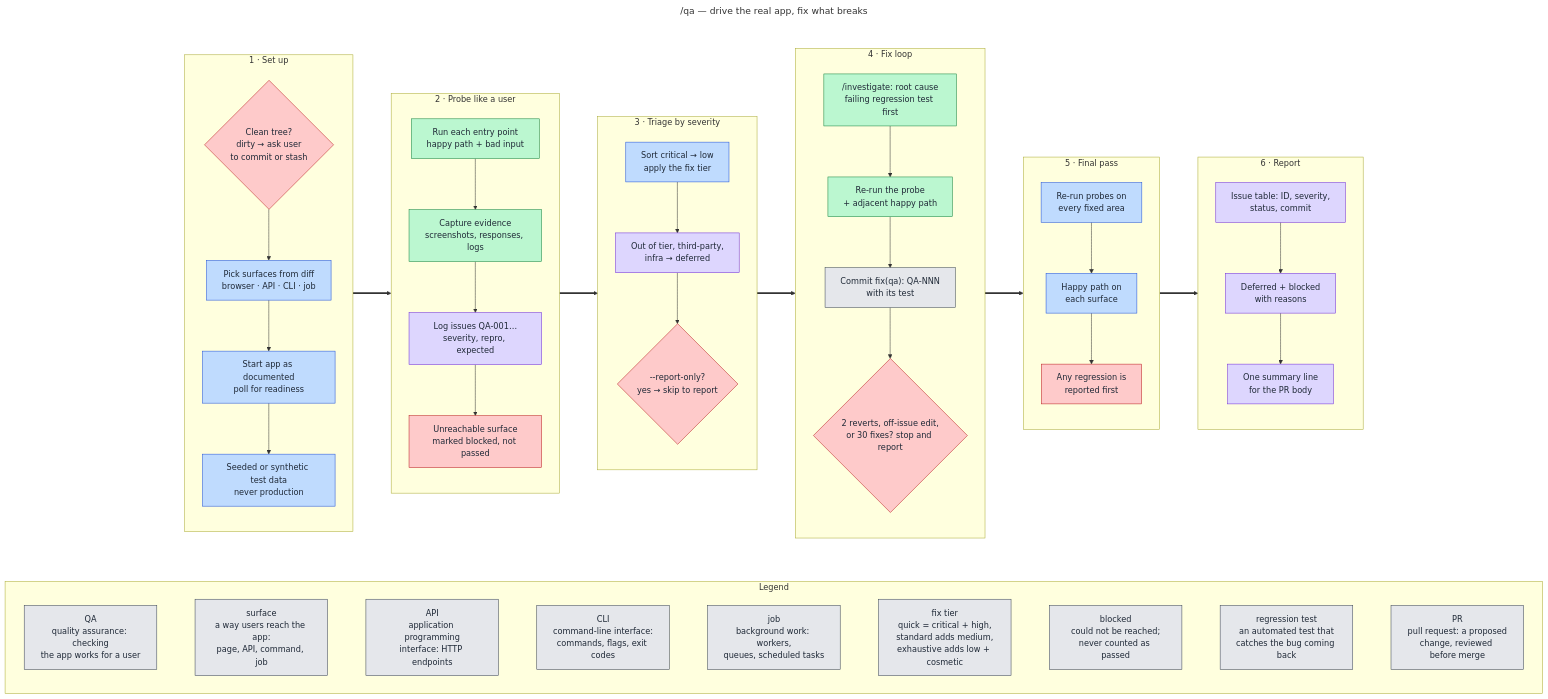
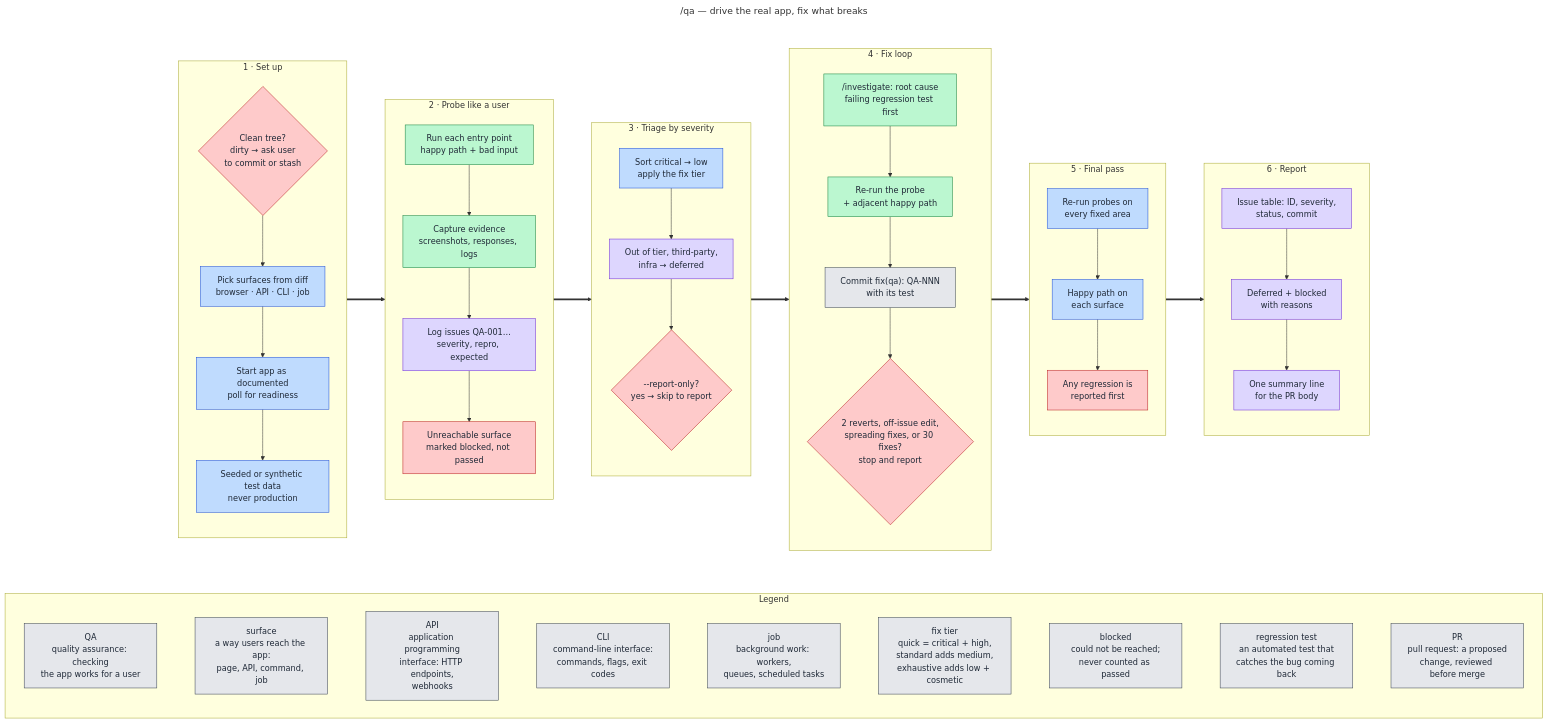
The diagram in docs/diagrams/src/qa.mmd (victusfate/scaffold), drawn with Mermaid before and after one commit. The commit also changed 3 other files, not shown here.

Commit message:
docs(diagrams): correct review-gates, qa, investigate against their sources

```diff
--- a/docs/diagrams/src/qa.mmd
+++ b/docs/diagrams/src/qa.mmd
@@ -1,87 +1,87 @@
 ---
 title: /qa — drive the real app, fix what breaks
 ---
 flowchart TB
   classDef owner fill:#fde68a,stroke:#b45309,color:#1f2937
   classDef orch fill:#bfdbfe,stroke:#1d4ed8,color:#1f2937
   classDef state fill:#ddd6fe,stroke:#6d28d9,color:#1f2937
   classDef lane fill:#bbf7d0,stroke:#15803d,color:#1f2937
   classDef git fill:#e5e7eb,stroke:#374151,color:#1f2937
   classDef gate fill:#fecaca,stroke:#b91c1c,color:#1f2937
 
   %% Edges run between stage subgraphs (not inner nodes) so each stage keeps
   %% its own top-to-bottom direction and the whole image stays landscape.
 
   subgraph FLOW[" "]
   direction LR
 
   subgraph SETUP["1 · Set up"]
     direction TB
     S1{"Clean tree?<br/>dirty → ask user<br/>to commit or stash"}:::gate
     S2["Pick surfaces from diff<br/>browser · API · CLI · job"]:::orch
     S3["Start app as documented<br/>poll for readiness"]:::orch
     S4["Seeded or synthetic test data<br/>never production"]:::orch
     S1 --> S2 --> S3 --> S4
   end
 
   subgraph PROBE["2 · Probe like a user"]
     direction TB
     P1["Run each entry point<br/>happy path + bad input"]:::lane
     P2["Capture evidence<br/>screenshots, responses, logs"]:::lane
     P3["Log issues QA-001…<br/>severity, repro, expected"]:::state
     P4["Unreachable surface<br/>marked blocked, not passed"]:::gate
     P1 --> P2 --> P3 --> P4
   end
 
   subgraph TRIAGE["3 · Triage by severity"]
     direction TB
     T1["Sort critical → low<br/>apply the fix tier"]:::orch
     T2["Out of tier, third-party,<br/>infra → deferred"]:::state
     T3{"--report-only?<br/>yes → skip to report"}:::gate
     T1 --> T2 --> T3
   end
 
   subgraph FIX["4 · Fix loop"]
     direction TB
     F1["/investigate: root cause<br/>failing regression test first"]:::lane
     F2["Re-run the probe<br/>+ adjacent happy path"]:::lane
     F3["Commit fix(qa): QA-NNN<br/>with its test"]:::git
-    F4{"2 reverts, off-issue edit,<br/>or 30 fixes? stop and report"}:::gate
+    F4{"2 reverts, off-issue edit,<br/>spreading fixes, or 30 fixes?<br/>stop and report"}:::gate
     F1 --> F2 --> F3 --> F4
   end
 
   subgraph FINAL["5 · Final pass"]
     direction TB
     R1["Re-run probes on<br/>every fixed area"]:::orch
     R2["Happy path on<br/>each surface"]:::orch
     R3["Any regression is<br/>reported first"]:::gate
     R1 --> R2 --> R3
   end
 
   subgraph REPORT["6 · Report"]
     direction TB
     Q1["Issue table: ID, severity,<br/>status, commit"]:::state
     Q2["Deferred + blocked<br/>with reasons"]:::state
     Q3["One summary line<br/>for the PR body"]:::state
     Q1 --> Q2 --> Q3
   end
 
   SETUP ==> PROBE ==> TRIAGE ==> FIX ==> FINAL ==> REPORT
   end
   style FLOW fill:none,stroke:none
 
   subgraph LEGEND["Legend"]
     direction LR
     L1["QA<br/>quality assurance: checking<br/>the app works for a user"]:::git
     L2["surface<br/>a way users reach the app:<br/>page, API, command, job"]:::git
-    L3["API<br/>application programming<br/>interface: HTTP endpoints"]:::git
+    L3["API<br/>application programming<br/>interface: HTTP endpoints,<br/>webhooks"]:::git
     L4["CLI<br/>command-line interface:<br/>commands, flags, exit codes"]:::git
     L5["job<br/>background work: workers,<br/>queues, scheduled tasks"]:::git
     L6["fix tier<br/>quick = critical + high,<br/>standard adds medium,<br/>exhaustive adds low + cosmetic"]:::git
     L7["blocked<br/>could not be reached;<br/>never counted as passed"]:::git
     L8["regression test<br/>an automated test that<br/>catches the bug coming back"]:::git
     L9["PR<br/>pull request: a proposed<br/>change, reviewed before merge"]:::git
     L1 ~~~ L2 ~~~ L3 ~~~ L4 ~~~ L5 ~~~ L6 ~~~ L7 ~~~ L8 ~~~ L9
   end
 
   FLOW ~~~ LEGEND
```
